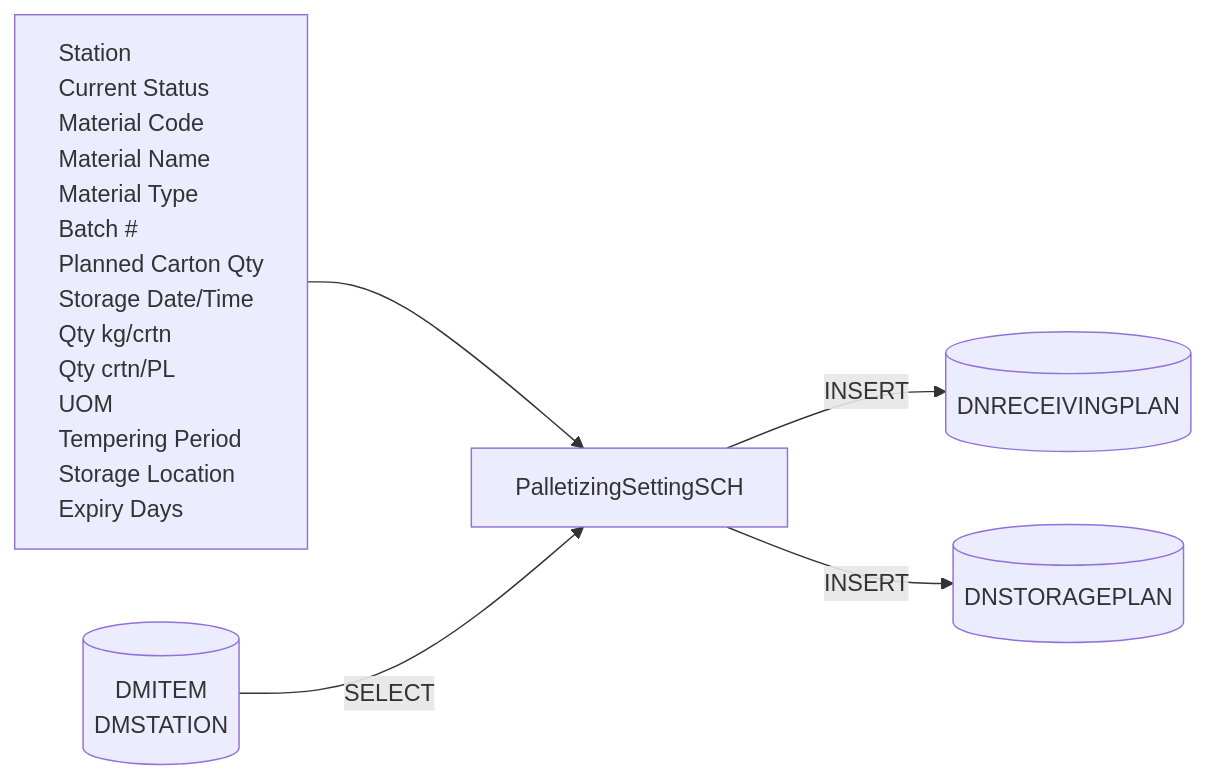
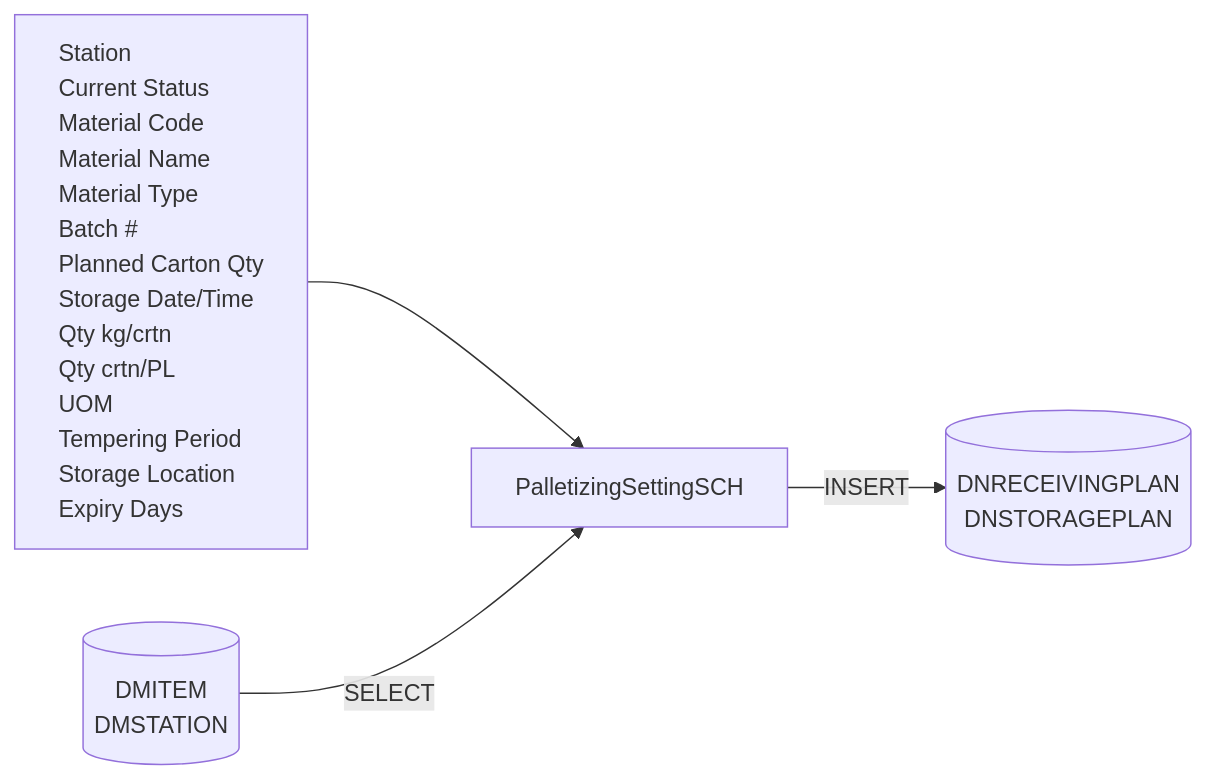
The fourth of 4 diagrams in Basic-Design/DFD-WMS/Storage/PALLETIZE-OPERATION-(HP)/0.-Palletize-Start.md (luthfiadityaa/SimeDarby-Wiki), drawn with Mermaid before and after one commit.

Commit message:
Updated 0. Palletize Start

```diff
--- a/Basic-Design/DFD-WMS/Storage/PALLETIZE-OPERATION-(HP)/0.-Palletize-Start.md
+++ b/Basic-Design/DFD-WMS/Storage/PALLETIZE-OPERATION-(HP)/0.-Palletize-Start.md
@@ -63,41 +63,37 @@
 ::: mermaid
 flowchart LR
     input[
         Station 
         Current Status
         Material Code
         Material Name
         Material Type
         Batch #
         Planned Carton Qty
         Storage Date/Time
         Qty kg/crtn
         Qty crtn/PL
         UOM
         Tempering Period
         Storage Location
         Expiry Days
     ]
 
     tableList-insert[("
         DNRECEIVINGPLAN
-    ")]
-
-    tableList-insert2[("
         DNSTORAGEPLAN
     ")]
 
      tableList-select[("
         DMITEM
         DMSTATION
     ")]
 
     className[PalletizingSettingSCH]
 
     input --> className --> |INSERT| tableList-insert
-    className --> |INSERT| tableList-insert2
     tableList-select --> |SELECT| className
 
     classDef leftAlign text-align:left;
     class input leftAlign;
 :::
```
